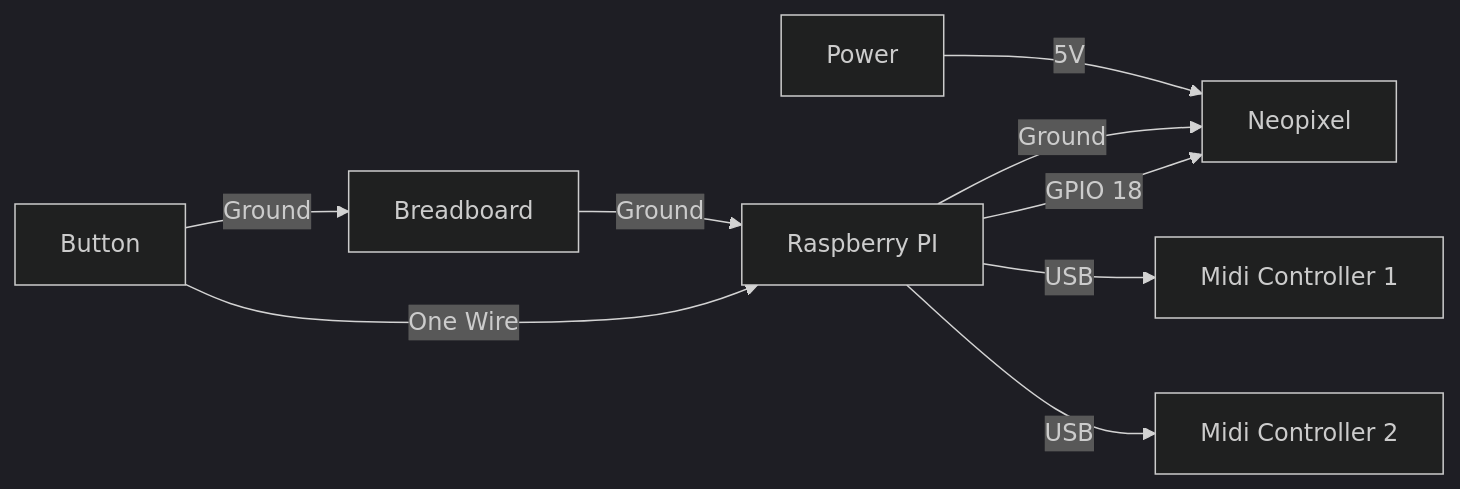
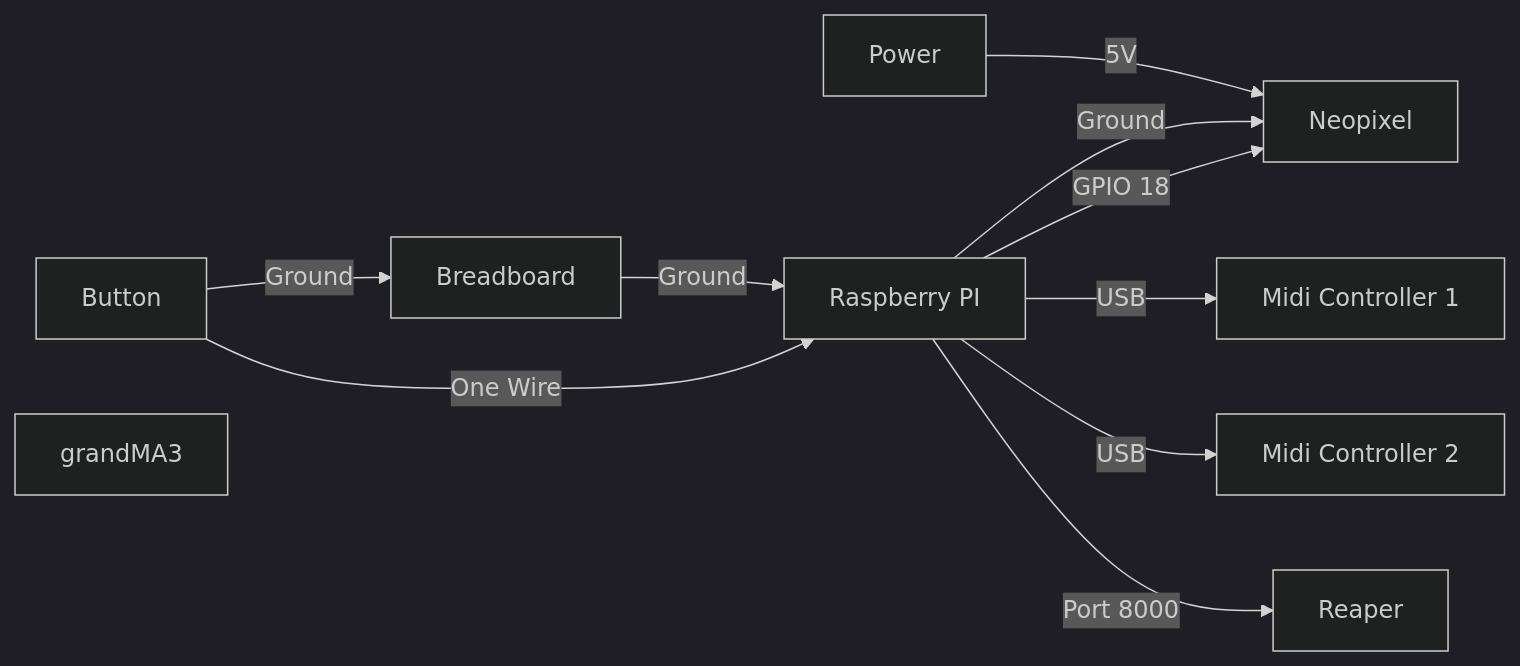
Before and after one commit to Kean-en/TeamA-Egl314: the diagram in README.md, drawn with Mermaid (dark theme). The commit also changed other lines of this file and 7 other files, not shown here.

````diff
--- a/README.md
+++ b/README.md
@@ -43,18 +45,21 @@
 ```mermaid
 graph LR
 A[Button]
 B[Breadboard]
 C[Raspberry PI]
 D[Neopixel]
 E[Midi Controller 1]
 F[Midi Controller 2]
+G[Reaper]
+H[grandMA3]
 
 A --Ground--> B
 A --One Wire--> C
 B --Ground--> C
 C --GPIO 18--> D
 C --Ground--> D
 C --USB--> E
 C --USB--> F
 Power --5V--> D
+C --Port 8000--> G
 ```
````
